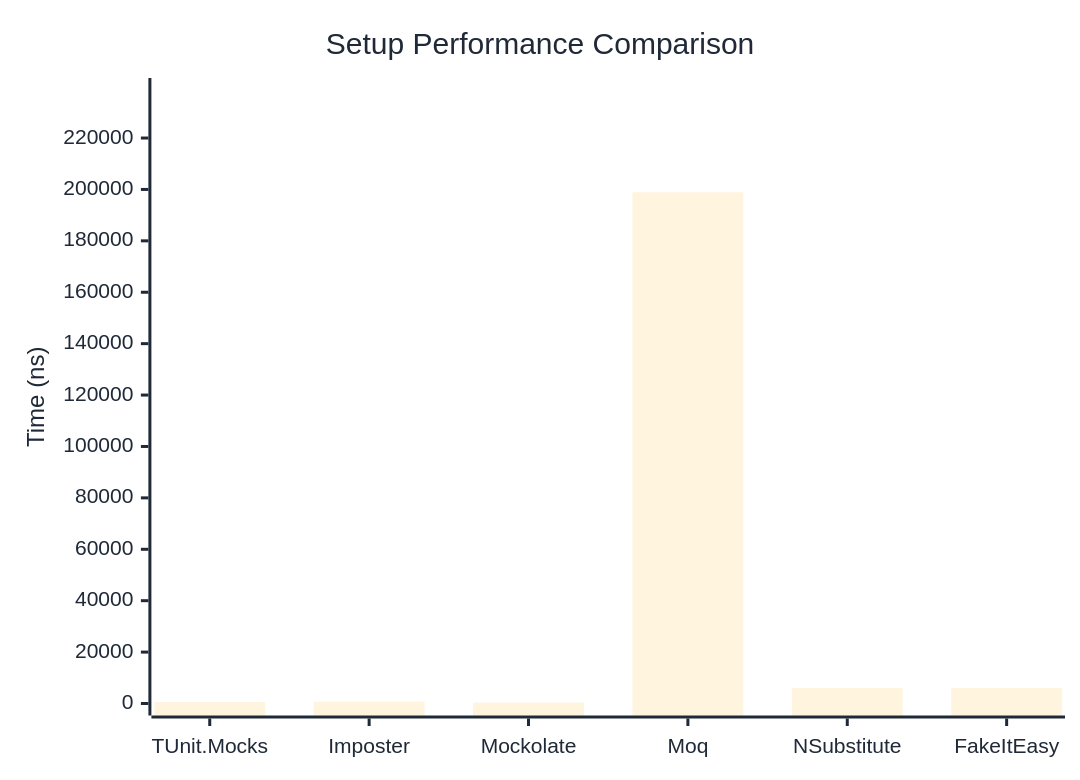
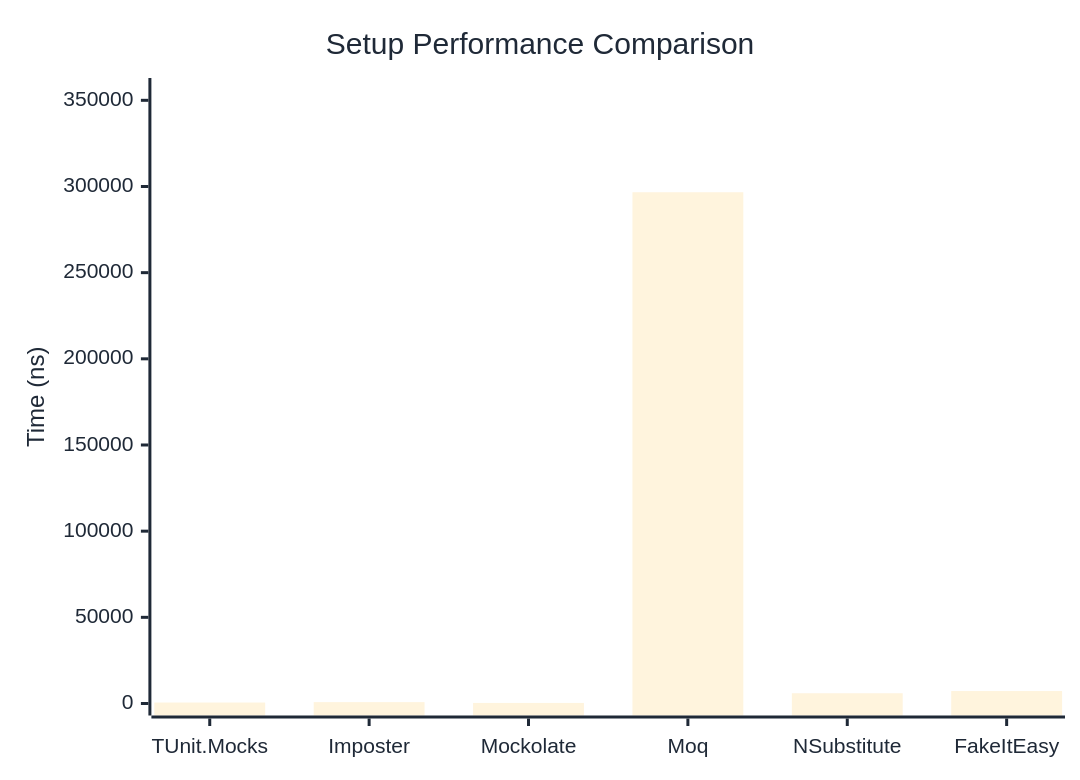
Before and after one commit to thomhurst/TUnit: the first of 2 diagrams in docs/docs/benchmarks/mocks/Setup.md, drawn with Mermaid. The commit also changed other lines of this file and 14 other files, not shown here.

````diff
--- a/docs/docs/benchmarks/mocks/Setup.md
+++ b/docs/docs/benchmarks/mocks/Setup.md
@@ -30,27 +30,27 @@
 ```mermaid
 %%{init: {
   'theme':'base',
   'themeVariables': {
     'primaryColor': '#2563eb',
     'primaryTextColor': '#1f2937',
     'primaryBorderColor': '#1e40af',
     'lineColor': '#6b7280',
     'secondaryColor': '#7c3aed',
     'tertiaryColor': '#dc2626',
     'background': '#ffffff',
     'pie1': '#2563eb',
     'pie2': '#7c3aed',
     'pie3': '#dc2626',
     'pie4': '#f59e0b',
     'pie5': '#10b981',
     'pie6': '#06b6d4',
     'pie7': '#ec4899',
     'pie8': '#6366f1'
   }
 }}%%
 xychart-beta
   title "Setup Performance Comparison"
   x-axis ["TUnit.Mocks", "Imposter", "Mockolate", "Moq", "NSubstitute", "FakeItEasy"]
-  y-axis "Time (ns)" 0 --> 238687
-  bar [556.1, 691.4, 332.1, 198905.2, 6086.9, 5964.1]
+  y-axis "Time (ns)" 0 --> 355987
+  bar [558, 785.8, 334.3, 296655.4, 5951.5, 7229]
 ```
````
